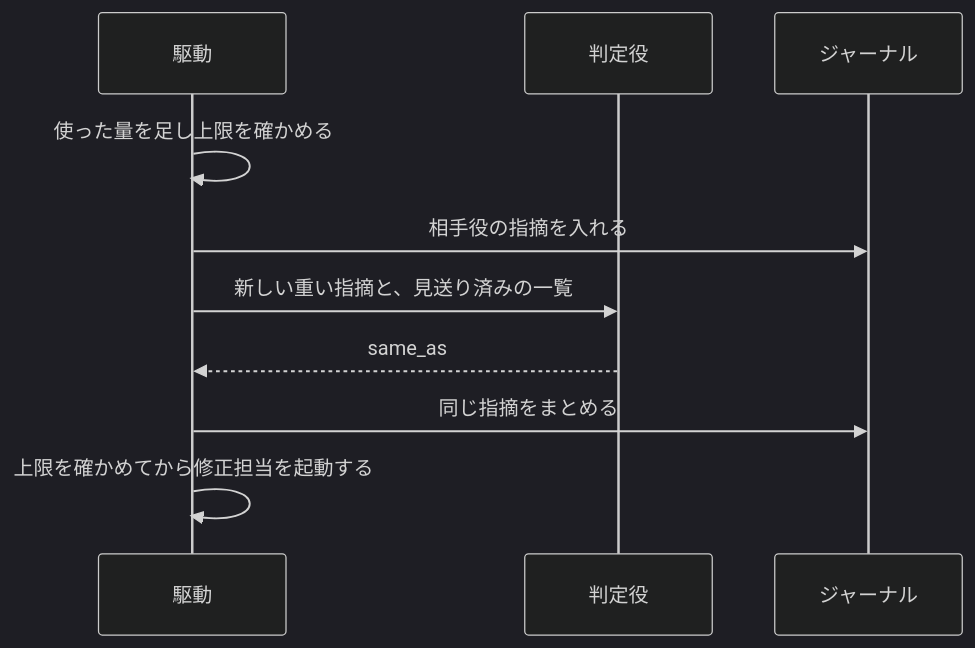
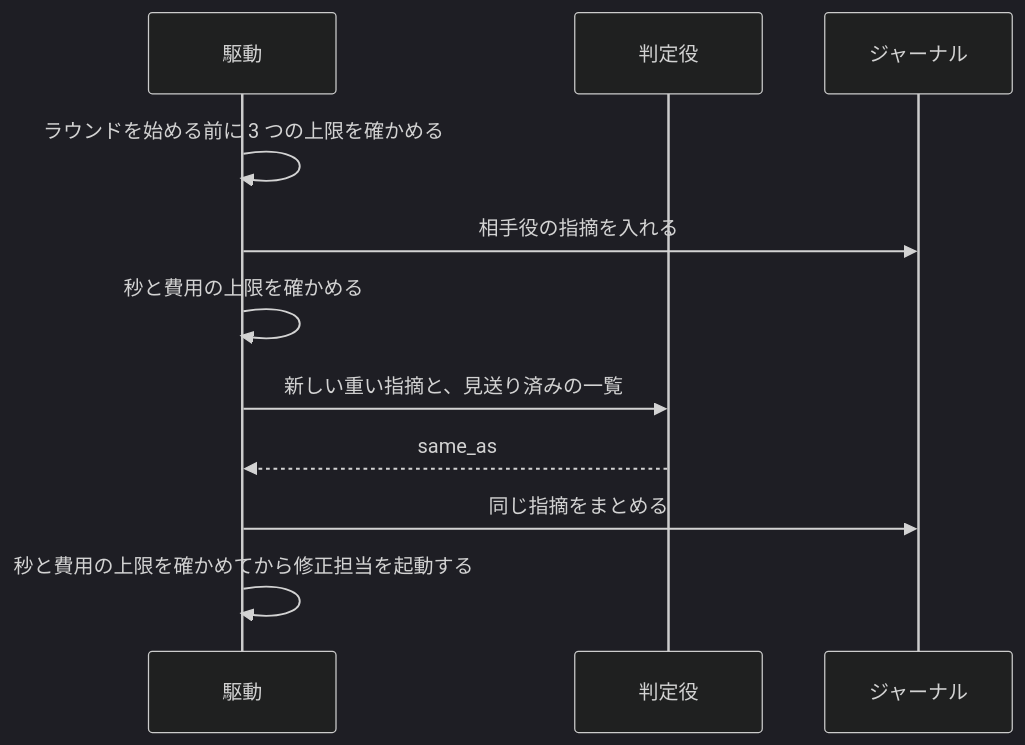
Before and after one commit to devbasex/ai-plugins: the third of 3 diagrams in issues/issue-2468-design.md, drawn with Mermaid (dark theme). The commit also changed other lines of this file and 4 other files, not shown here.

````diff
--- a/issues/issue-2468-design.md
+++ b/issues/issue-2468-design.md
@@ -151,12 +163,13 @@
 ```mermaid
 sequenceDiagram
     participant D as 駆動
     participant V as 判定役
     participant J as ジャーナル
-    D->>D: 使った量を足し上限を確かめる
+    D->>D: ラウンドを始める前に 3 つの上限を確かめる
     D->>J: 相手役の指摘を入れる
+    D->>D: 秒と費用の上限を確かめる
     D->>V: 新しい重い指摘と、見送り済みの一覧
     V-->>D: same_as
     D->>J: 同じ指摘をまとめる
-    D->>D: 上限を確かめてから修正担当を起動する
+    D->>D: 秒と費用の上限を確かめてから修正担当を起動する
 ```
````
